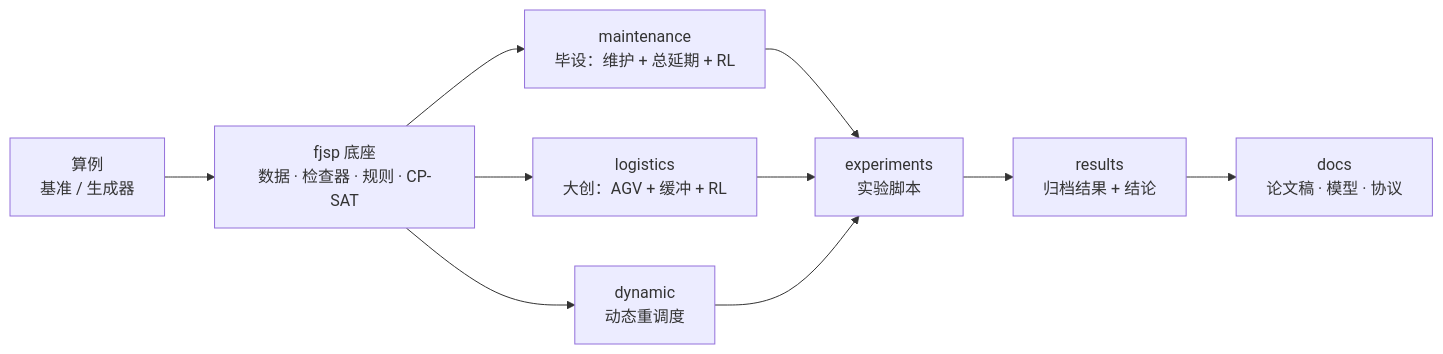
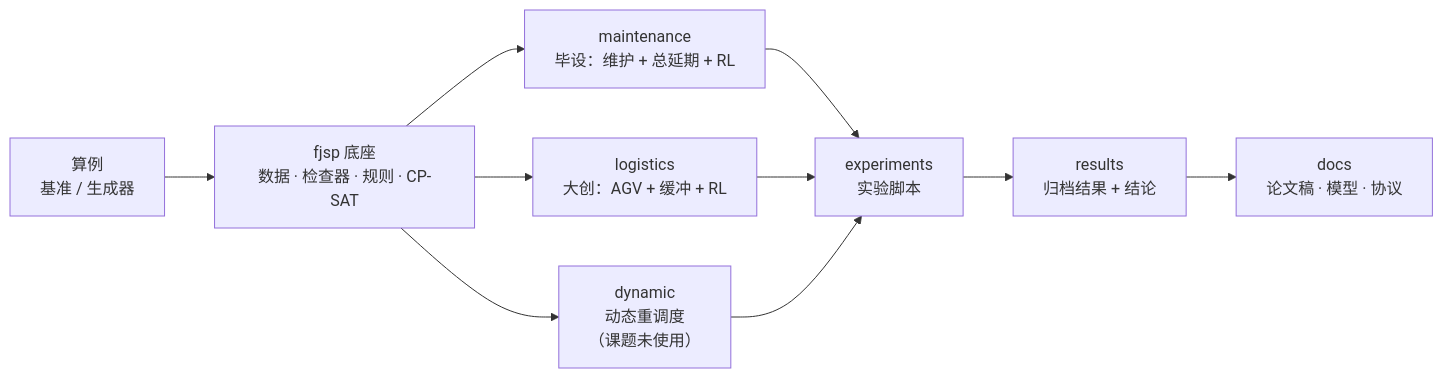
Before and after one commit to i-m-a-g-nation/fjsp-agv-rl-research: the diagram in README.md, drawn with Mermaid. The commit also changed other lines of this file and 4 other files, not shown here.

````diff
--- a/README.md
+++ b/README.md
@@ -18,10 +19,10 @@
 ```mermaid
 flowchart LR
     DATA["算例<br/>基准 / 生成器"] --> BASE["fjsp 底座<br/>数据 · 检查器 · 规则 · CP-SAT"]
-    BASE --> DYN["dynamic<br/>动态重调度"]
+    BASE --> DYN["dynamic<br/>动态重调度<br/>（课题未使用）"]
     BASE --> MAIN["maintenance<br/>毕设：维护 + 总延期 + RL"]
     BASE --> LOG["logistics<br/>大创：AGV + 缓冲 + RL"]
     MAIN & LOG & DYN --> EXP["experiments<br/>实验脚本"]
     EXP --> RES["results<br/>归档结果 + 结论"]
     RES --> DOC["docs<br/>论文稿 · 模型 · 协议"]
 ```
````
